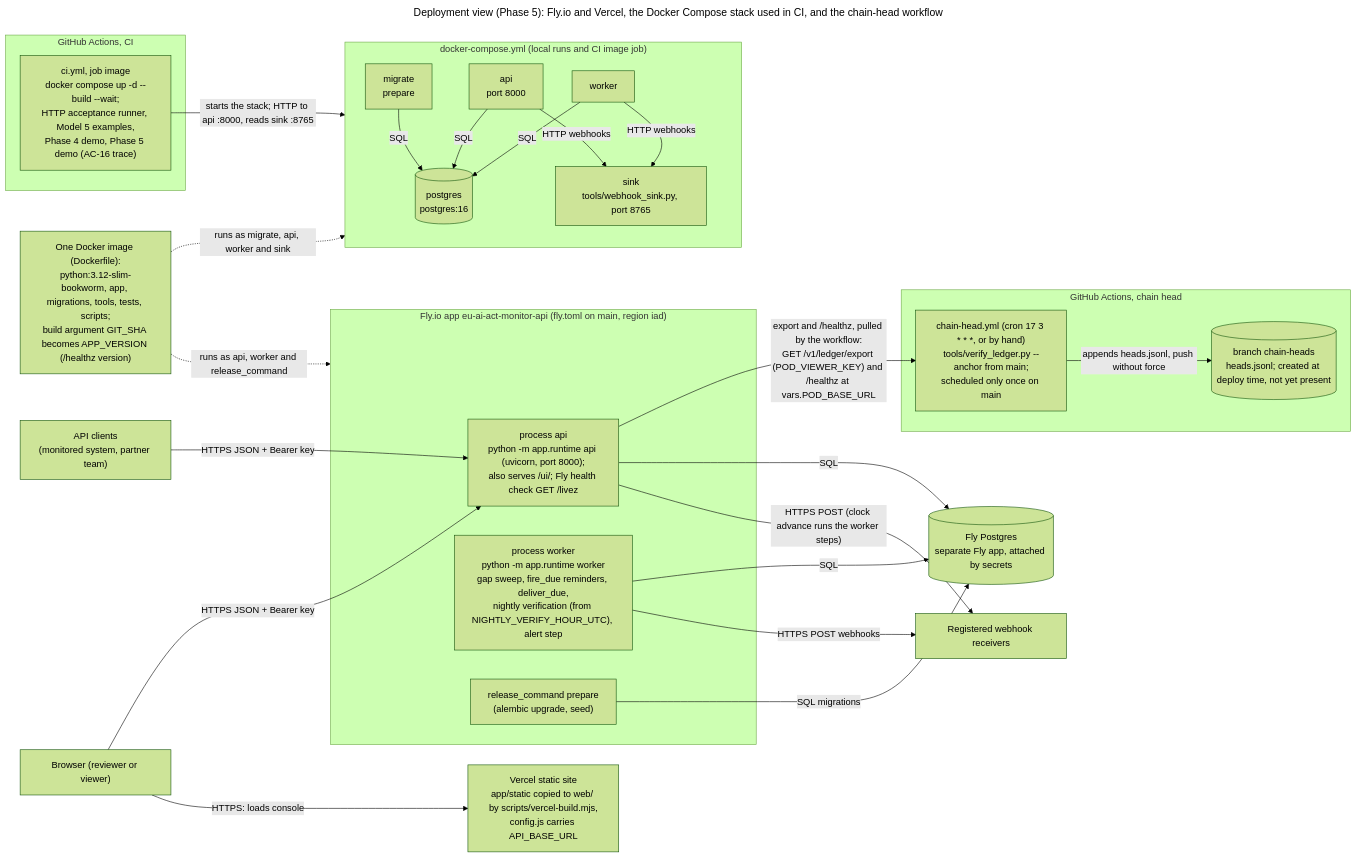
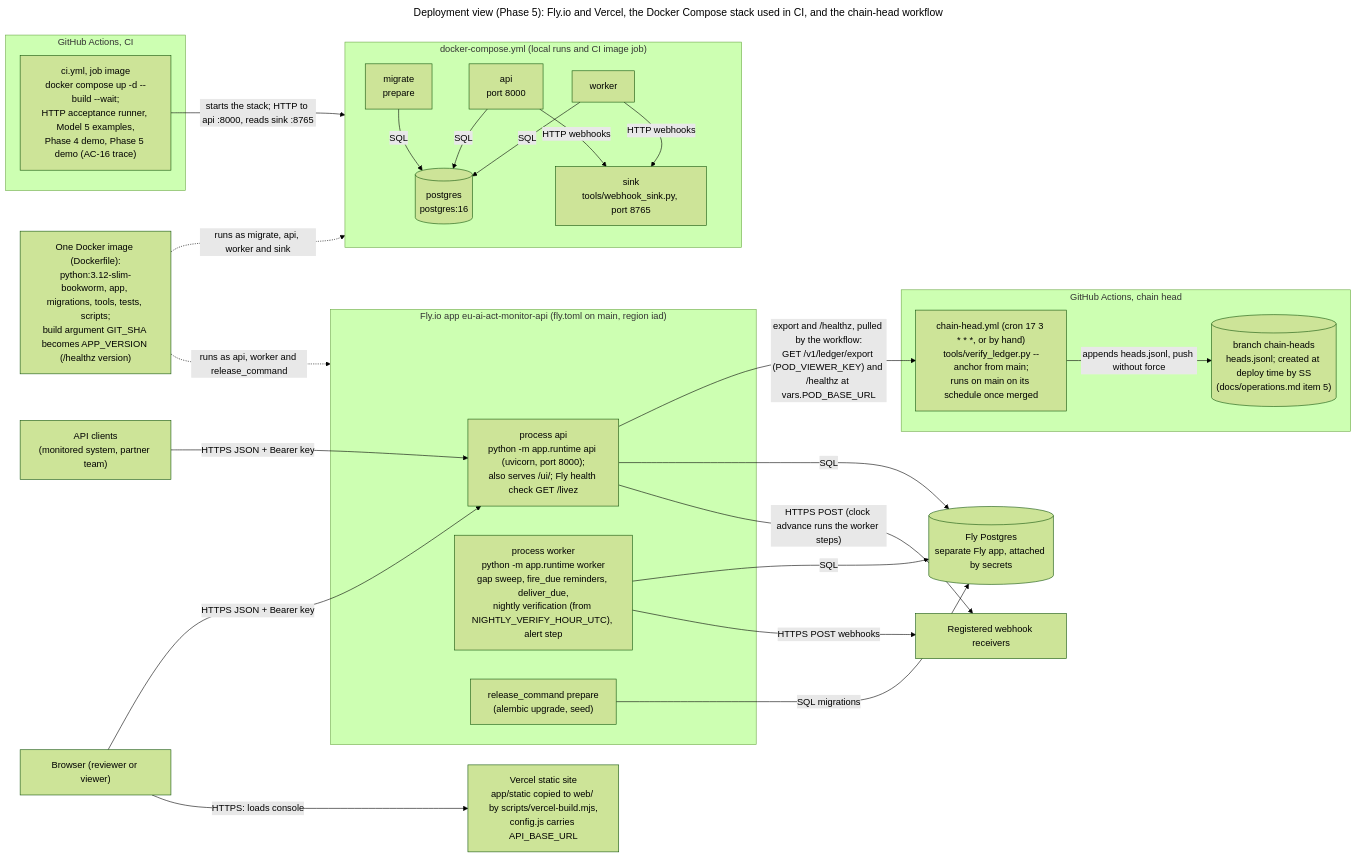
One commit to Shadiamw/EU_AI_ACT_MONITOR changed the diagram in docs/models/deployment-phase5.mmd. Above: the diagram before and after it, drawn with Mermaid (forest theme). The commit also changed 6 other files, not shown here.

First line of the commit message:
Docs: Phase 5 models state the chain-head workflow and branch without time-bound labels

```diff
--- a/docs/models/deployment-phase5.mmd
+++ b/docs/models/deployment-phase5.mmd
@@ -1,48 +1,48 @@
 ---
 title: "Deployment view (Phase 5): Fly.io and Vercel, the Docker Compose stack used in CI, and the chain-head workflow"
 ---
 flowchart LR
     IMG["One Docker image (Dockerfile):<br/>python:3.12-slim-bookworm, app, migrations, tools, tests, scripts;<br/>build argument GIT_SHA becomes APP_VERSION (/healthz version)"]
     VER["Vercel static site<br/>app/static copied to web/ by scripts/vercel-build.mjs,<br/>config.js carries API_BASE_URL"]
     subgraph FLY["Fly.io app eu-ai-act-monitor-api (fly.toml on main, region iad)"]
         API["process api<br/>python -m app.runtime api (uvicorn, port 8000);<br/>also serves /ui/; Fly health check GET /livez"]
         WRK["process worker<br/>python -m app.runtime worker<br/>gap sweep, fire_due reminders, deliver_due,<br/>nightly verification (from NIGHTLY_VERIFY_HOUR_UTC), alert step"]
         REL["release_command prepare<br/>(alembic upgrade, seed)"]
     end
     subgraph CMP["docker-compose.yml (local runs and CI image job)"]
         CPG[("postgres<br/>postgres:16")]
         CMI["migrate<br/>prepare"]
         CAPI["api<br/>port 8000"]
         CWK["worker"]
         CSK["sink<br/>tools/webhook_sink.py, port 8765"]
     end
     subgraph GHCI["GitHub Actions, CI"]
         CIJ["ci.yml, job image<br/>docker compose up -d --build --wait;<br/>HTTP acceptance runner, Model 5 examples,<br/>Phase 4 demo, Phase 5 demo (AC-16 trace)"]
     end
     subgraph GHCH["GitHub Actions, chain head"]
-        CHW["chain-head.yml (cron 17 3 * * *, or by hand)<br/>tools/verify_ledger.py --anchor from main;<br/>scheduled only once on main"]
-        CHB[("branch chain-heads<br/>heads.jsonl; created at deploy time, not yet present")]
+        CHW["chain-head.yml (cron 17 3 * * *, or by hand)<br/>tools/verify_ledger.py --anchor from main;<br/>runs on main on its schedule once merged"]
+        CHB[("branch chain-heads<br/>heads.jsonl; created at deploy time by SS<br/>(docs/operations.md item 5)")]
     end
     CL["API clients<br/>(monitored system, partner team)"]
     RCV["Registered webhook receivers"]
     PG[("Fly Postgres<br/>separate Fly app, attached by secrets")]
     BR["Browser (reviewer or viewer)"]
 
     BR -- "HTTPS: loads console" --> VER
     BR -- "HTTPS JSON + Bearer key" --> API
     REL -- "SQL migrations" --> PG
     CL -- "HTTPS JSON + Bearer key" --> API
     API -- "HTTPS POST (clock advance runs the worker steps)" --> RCV
     CAPI -- "HTTP webhooks" --> CSK
     CMI -- "SQL" --> CPG
     CAPI -- "SQL" --> CPG
     CWK -- "HTTP webhooks" --> CSK
     WRK -- "HTTPS POST webhooks" --> RCV
     CWK -- "SQL" --> CPG
     WRK -- "SQL" --> PG
     API -- "SQL" --> PG
     CIJ -- "starts the stack; HTTP to api :8000, reads sink :8765" --> CMP
     API -- "export and /healthz, pulled by the workflow:<br/>GET /v1/ledger/export (POD_VIEWER_KEY) and /healthz at vars.POD_BASE_URL" --> CHW
     CHW -- "appends heads.jsonl, push without force" --> CHB
     IMG -. "runs as api, worker and release_command" .-> FLY
     IMG -. "runs as migrate, api, worker and sink" .-> CMP
```
